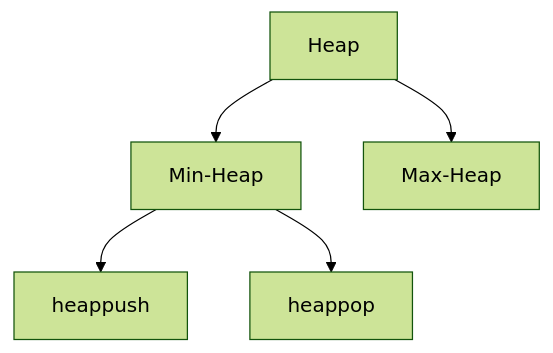
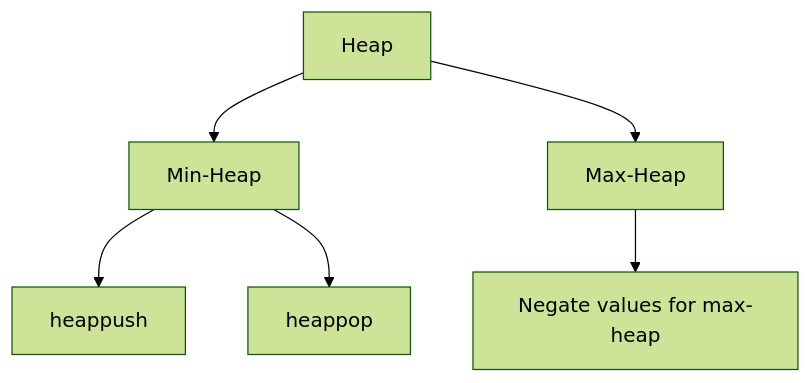
Before and after one commit to sbeeredd04/LeetCode: the ninth of 9 diagrams in Notes.md, drawn with Mermaid (forest theme). The commit also changed other lines of this file and 2 other files, not shown here.

Commit message:
✔️ Solved 1046. Last Stone Weight

````diff
--- a/Notes.md
+++ b/Notes.md
@@ -295,7 +295,8 @@
 ```mermaid
 graph TD
     A[Heap] --> B[Min-Heap]
     A --> C[Max-Heap]
     B --> D[heappush]
     B --> E[heappop]
+    C --> F[Negate values for max-heap]
 ```
````
